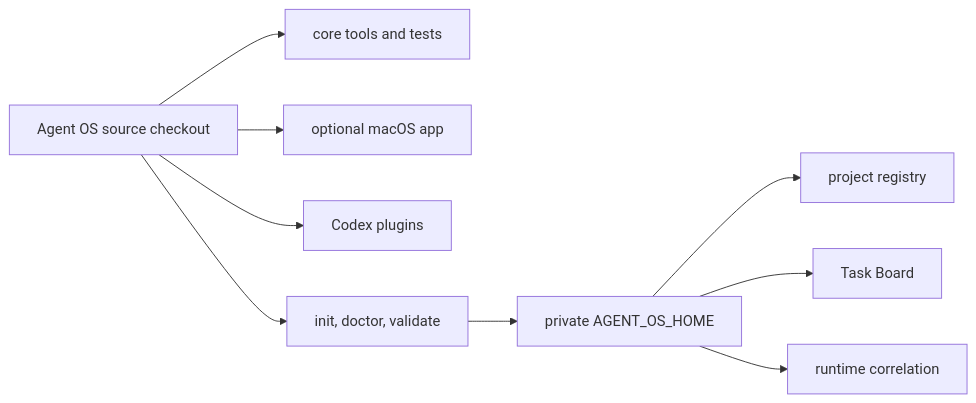
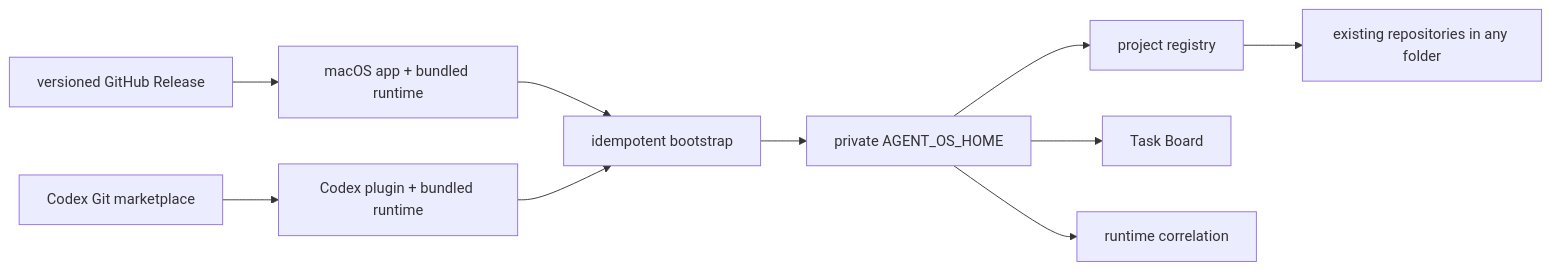
One commit to andrewgolovanov/agent-os changed the diagram in docs/agent-os.md. Above: the diagram before and after it, drawn with Mermaid. The commit also changed other lines of this file and 62 other files, not shown here.

Commit message:
feat(distribution): bundle Agent OS runtime

````diff
--- a/docs/agent-os.md
+++ b/docs/agent-os.md
@@ -16,11 +16,12 @@
 ```mermaid
 flowchart LR
-    source["Agent OS source checkout"] --> core["core tools and tests"]
-    source --> app["optional macOS app"]
-    source --> plugins["Codex plugins"]
-    source --> cli["init, doctor, validate"]
-    cli --> home["private AGENT_OS_HOME"]
+    release["versioned GitHub Release"] --> app["macOS app + bundled runtime"]
+    marketplace["Codex Git marketplace"] --> plugins["Codex plugin + bundled runtime"]
+    app --> bootstrap["idempotent bootstrap"]
+    plugins --> bootstrap
+    bootstrap --> home["private AGENT_OS_HOME"]
     home --> registry["project registry"]
     home --> tasks["Task Board"]
     home --> runtime["runtime correlation"]
+    registry --> repos["existing repositories in any folder"]
 ```
````
